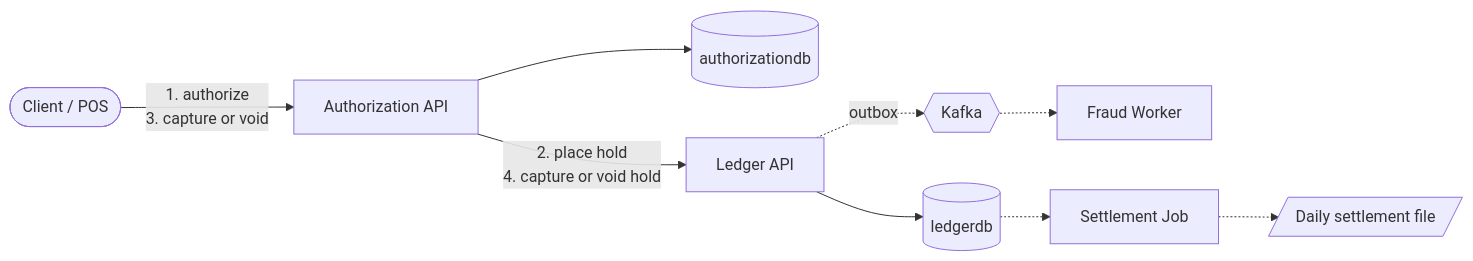
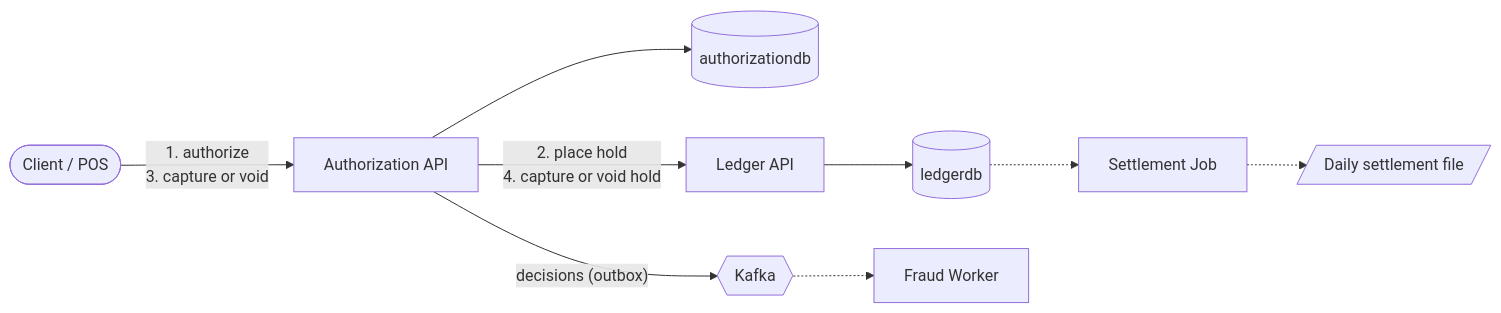
One commit to renato-aq/card-transaction-platform changed the first of 2 diagrams in README.md. Above: the diagram before and after it, drawn with Mermaid. The commit also changed other lines of this file, not shown here.

Commit message:
docs(readme): describe event publishing through the outbox

````diff
--- a/README.md
+++ b/README.md
@@ -12,11 +12,11 @@
 ```mermaid
 flowchart LR
     client([Client / POS]) -->|"1. authorize<br/>3. capture or void"| auth[Authorization API]
     auth --> authdb[(authorizationdb)]
     auth -->|"2. place hold<br/>4. capture or void hold"| ledger[Ledger API]
     ledger --> ledgerdb[(ledgerdb)]
-    ledger -.->|outbox| kafka{{Kafka}}
+    auth -->|"decisions (outbox)"| kafka{{Kafka}}
     kafka -.-> fraud[Fraud Worker]
     ledgerdb -.-> settlement[Settlement Job]
     settlement -.-> file[/Daily settlement file/]
 ```
````
